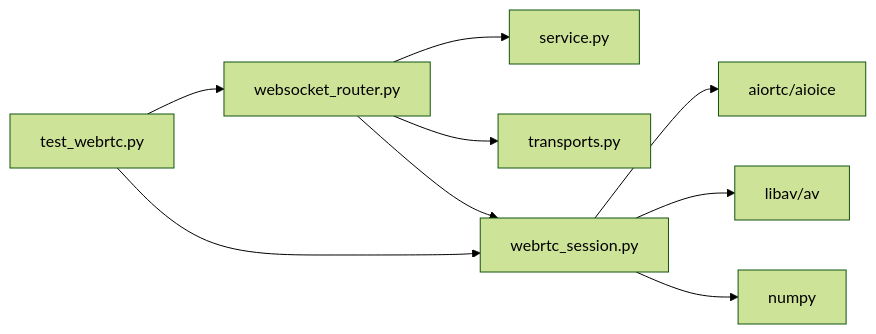
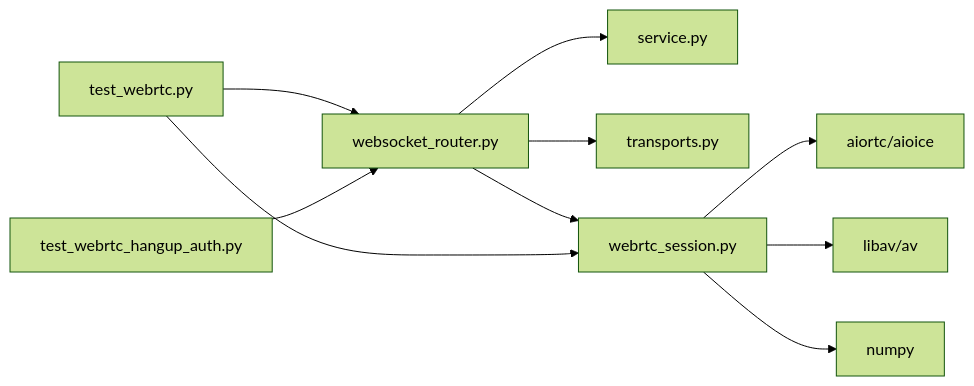
One commit to joezxh/speech-to-speech changed the eighth of 9 diagrams in .qoder/repowiki/zh/content/OpenAI Realtime API/WebRTC 支持.md. Above: the diagram before and after it, drawn with Mermaid (forest theme). The commit also changed other lines of this file and 1743 other files, not shown here.

````diff
--- a/.qoder/repowiki/zh/content/OpenAI Realtime API/WebRTC 支持.md
+++ b/.qoder/repowiki/zh/content/OpenAI Realtime API/WebRTC 支持.md
@@ -300,11 +344,12 @@
 ```mermaid
 graph LR
 Router["websocket_router.py"] --> Service["service.py"]
 Router --> Transports["transports.py"]
 Router --> WebRTC["webrtc_session.py"]
 WebRTC --> AioRTC["aiortc/aioice"]
 WebRTC --> AV["libav/av"]
 WebRTC --> Numpy["numpy"]
 Tests["test_webrtc.py"] --> WebRTC
 Tests --> Router
+HangupTests["test_webrtc_hangup_auth.py"] --> Router
 ```
````
